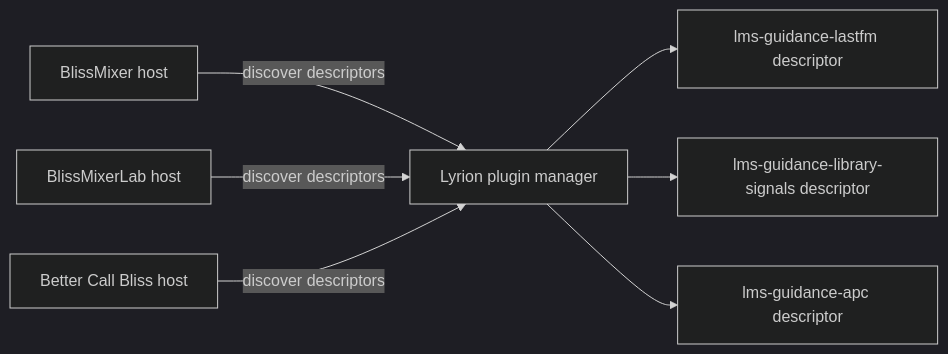
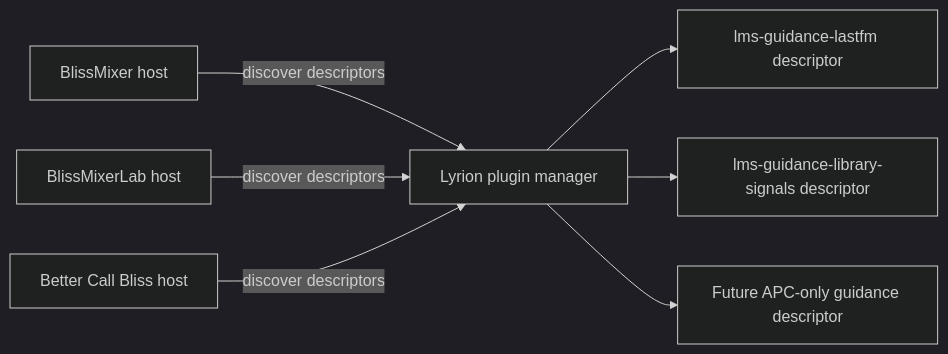
Before and after one commit to chrober/bliss-similarity-design: the first of 3 diagrams in docs/superpowers/specs/2026-09-26-lyrion-guidance-provider-discovery-design.md, drawn with Mermaid (dark theme). The commit also changed other lines of this file and 6 other files, not shown here.

````diff
--- a/docs/superpowers/specs/2026-09-26-lyrion-guidance-provider-discovery-design.md
+++ b/docs/superpowers/specs/2026-09-26-lyrion-guidance-provider-discovery-design.md
@@ -111,9 +116,9 @@
 ```mermaid
 flowchart LR
   LMS[Lyrion plugin manager] --> LF[lms-guidance-lastfm descriptor]
   LMS --> LS[lms-guidance-library-signals descriptor]
-  LMS --> APC[lms-guidance-apc descriptor]
+  LMS --> APC[Future APC-only guidance descriptor]
   BM[BlissMixer host] -->|discover descriptors| LMS
   BML[BlissMixerLab host] -->|discover descriptors| LMS
   BCB[Better Call Bliss host] -->|discover descriptors| LMS
 ```
````
